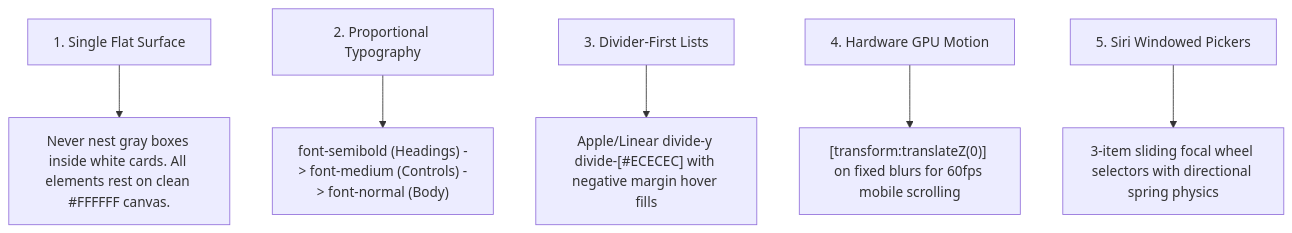
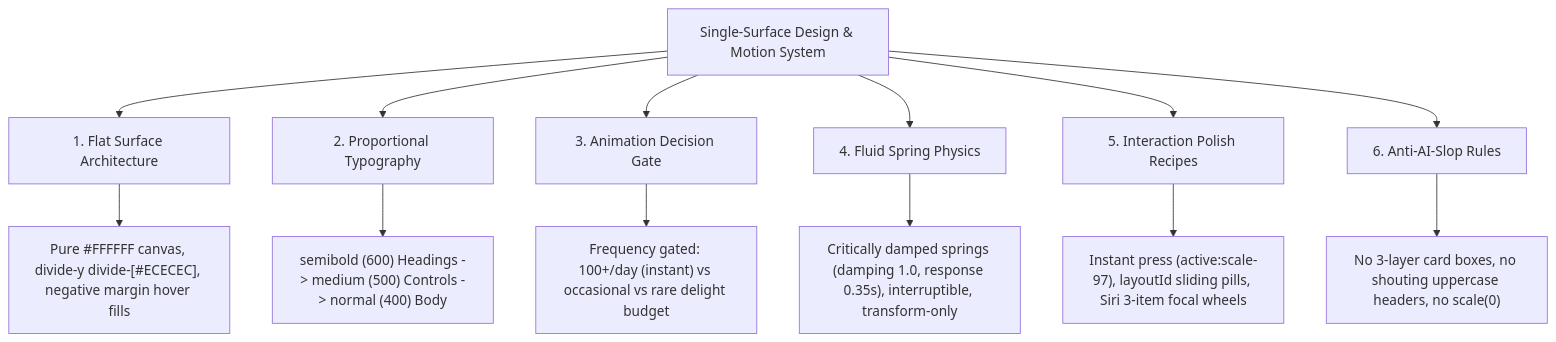
One commit to xlavreniuk/ramsian changed the diagram in README.md. Above: the diagram before and after it, drawn with Mermaid. The commit also changed other lines of this file and 6 other files, not shown here.

Commit message:
feat: synthesize craft engineering, Apple fluid spring physics, and animation decision framework

````diff
--- a/README.md
+++ b/README.md
@@ -26,8 +28,16 @@
 ```mermaid
 graph TD
-    A["1. Single Flat Surface"] --> B["Never nest gray boxes inside white cards. All elements rest on clean #FFFFFF canvas."]
-    C["2. Proportional Typography"] --> D["font-semibold (Headings) -> font-medium (Controls) -> font-normal (Body)"]
-    E["3. Divider-First Lists"] --> F["Apple/Linear divide-y divide-[#ECECEC] with negative margin hover fills"]
-    G["4. Hardware GPU Motion"] --> H["[transform:translateZ(0)] on fixed blurs for 60fps mobile scrolling"]
-    I["5. Siri Windowed Pickers"] --> J["3-item sliding focal wheel selectors with directional spring physics"]
+    A["Single-Surface Design & Motion System"] --> B["1. Flat Surface Architecture"]
+    A --> C["2. Proportional Typography"]
+    A --> D["3. Animation Decision Gate"]
+    A --> E["4. Fluid Spring Physics"]
+    A --> F["5. Interaction Polish Recipes"]
+    A --> G["6. Anti-AI-Slop Rules"]
+
+    B --> B1["Pure #FFFFFF canvas, divide-y divide-[#ECECEC], negative margin hover fills"]
+    C --> C1["semibold (600) Headings -> medium (500) Controls -> normal (400) Body"]
+    D --> D1["Frequency gated: 100+/day (instant) vs occasional vs rare delight budget"]
+    E --> E1["Critically damped springs (damping 1.0, response 0.35s), interruptible, transform-only"]
+    F --> F1["Instant press (active:scale-97), layoutId sliding pills, Siri 3-item focal wheels"]
+    G --> G1["No 3-layer card boxes, no shouting uppercase headers, no scale(0)"]
 ```
````
